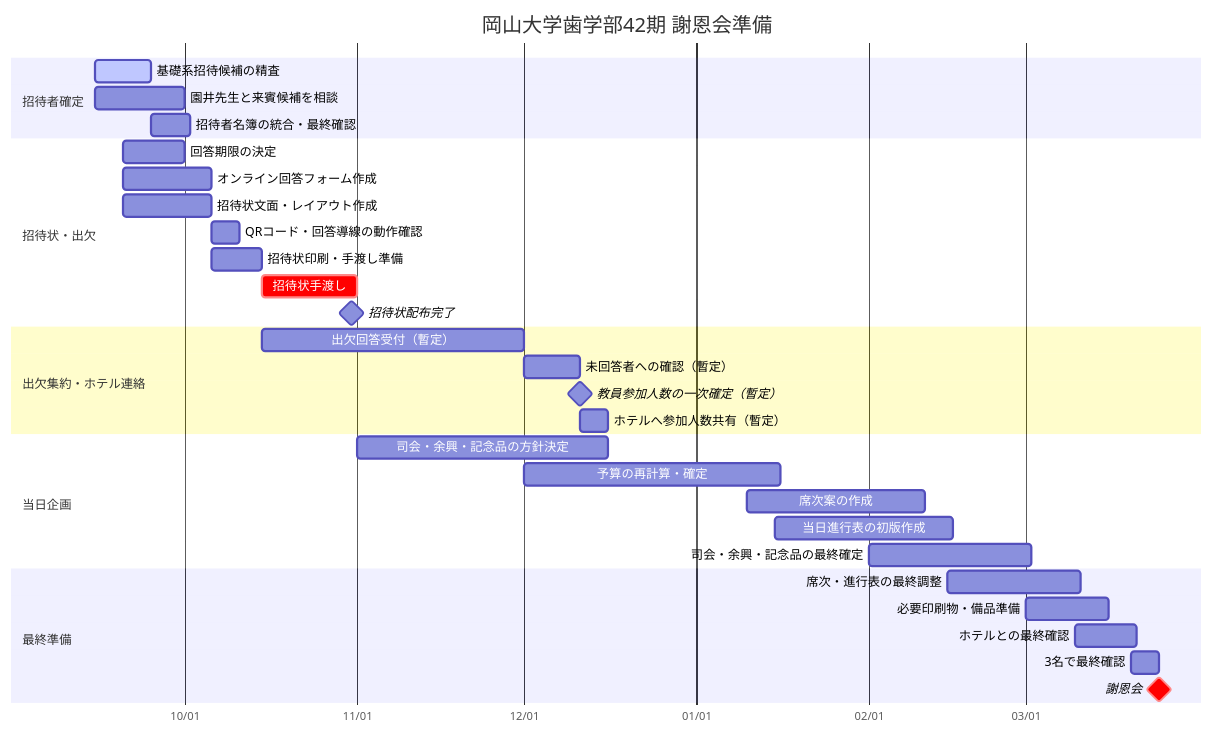
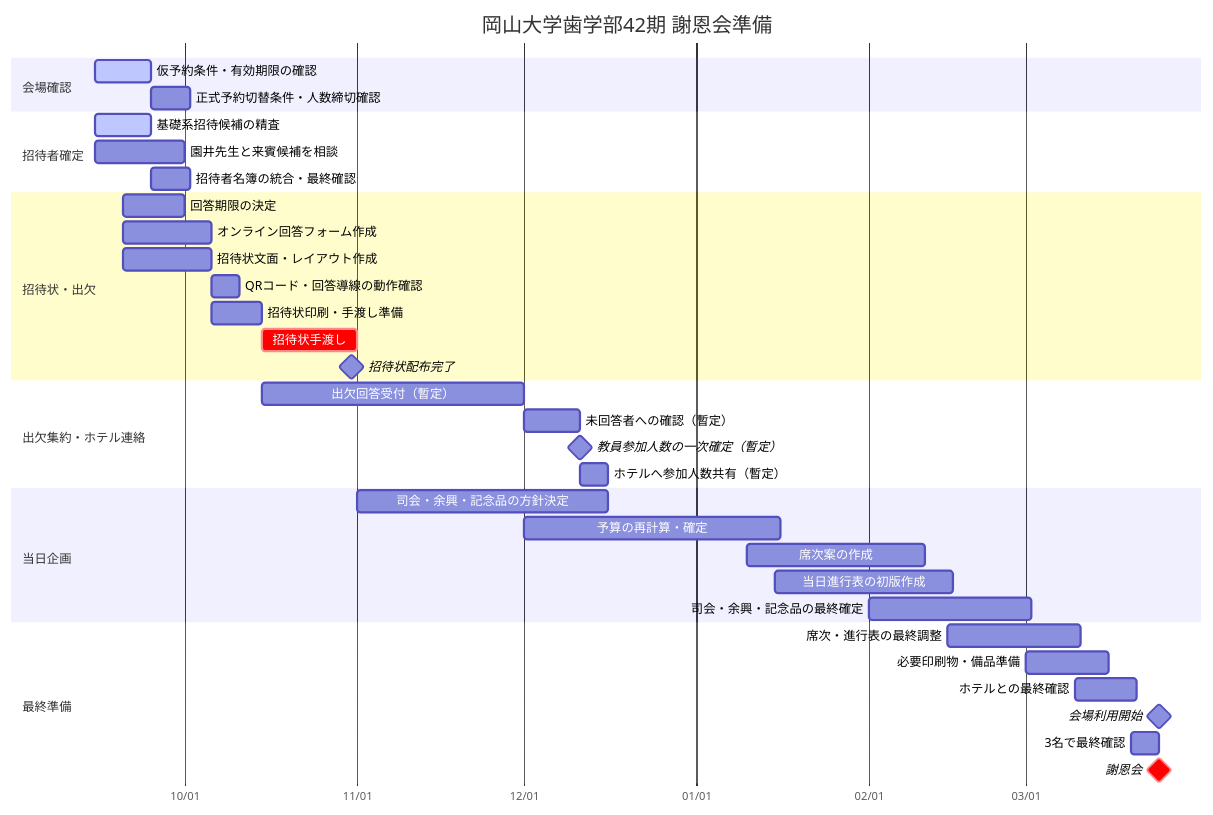
Before and after one commit to ishinebe/syaonkai: the diagram in GANTT.md, drawn with Mermaid. The commit also changed other lines of this file, not shown here.

````diff
--- a/GANTT.md
+++ b/GANTT.md
@@ -19,40 +19,45 @@
 ```mermaid
 gantt
     title 岡山大学歯学部42期 謝恩会準備
     dateFormat  YYYY-MM-DD
     axisFormat  %m/%d
+
+    section 会場確認
+    仮予約条件・有効期限の確認       :active, h1, 2026-09-15, 10d
+    正式予約切替条件・人数締切確認   :h2, after h1, 7d
 
     section 招待者確定
     基礎系招待候補の精査           :active, a1, 2026-09-15, 10d
     園井先生と来賓候補を相談       :a2, 2026-09-15, 16d
     招待者名簿の統合・最終確認     :a3, after a1, 7d
 
     section 招待状・出欠
     回答期限の決定                 :a4, 2026-09-20, 11d
     オンライン回答フォーム作成     :a5, 2026-09-20, 16d
     招待状文面・レイアウト作成     :a6, 2026-09-20, 16d
     QRコード・回答導線の動作確認   :a7, after a5, 5d
     招待状印刷・手渡し準備         :a8, 2026-10-06, 9d
     招待状手渡し                   :crit, a9, 2026-10-15, 17d
     招待状配布完了                 :milestone, m1, 2026-10-31, 0d
 
     section 出欠集約・ホテル連絡
     出欠回答受付（暫定）           :a10, 2026-10-15, 47d
     未回答者への確認（暫定）       :a11, 2026-12-01, 10d
     教員参加人数の一次確定（暫定） :milestone, m2, 2026-12-11, 0d
     ホテルへ参加人数共有（暫定）   :a12, 2026-12-11, 5d
 
     section 当日企画
     司会・余興・記念品の方針決定   :a13, 2026-11-01, 45d
     予算の再計算・確定             :a14, 2026-12-01, 46d
     席次案の作成                   :a15, 2027-01-10, 32d
     当日進行表の初版作成           :a16, 2027-01-15, 32d
     司会・余興・記念品の最終確定   :a17, 2027-02-01, 29d
 
     section 最終準備
     席次・進行表の最終調整         :a18, 2027-02-15, 24d
     必要印刷物・備品準備           :a19, 2027-03-01, 15d
     ホテルとの最終確認             :a20, 2027-03-10, 11d
+    会場利用開始                   :milestone, m4, 2027-03-25, 0d
     3名で最終確認                  :a21, 2027-03-20, 5d
     謝恩会                          :crit, milestone, m3, 2027-03-25, 0d
 ```
````
